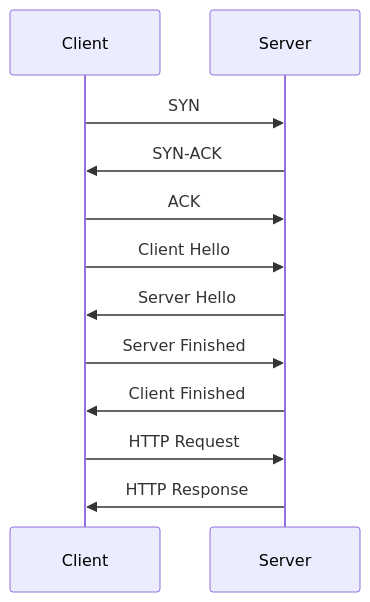
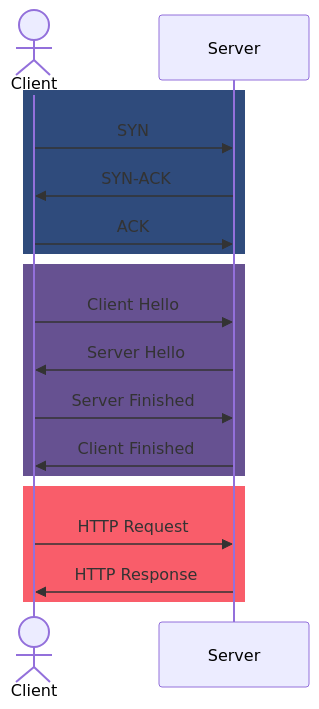
The first of 3 diagrams in content/posts/2024/grpc-over-http3/index.md (sudorandom/kmcd.dev), drawn with Mermaid before and after one commit. The commit also changed other lines of this file and 1 other file, not shown here.

Commit message:
Adjust style for mermaid graphs

````diff
--- a/content/posts/2024/grpc-over-http3/index.md
+++ b/content/posts/2024/grpc-over-http3/index.md
@@ -36,14 +36,22 @@
 ```mermaid
 sequenceDiagram
-    Client ->> Server: SYN
-    Server ->> Client: SYN-ACK
-    Client ->> Server: ACK
+    actor Client
 
-    Client ->> Server: Client Hello
-    Server ->> Client: Server Hello
-    Client ->> Server: Server Finished
-    Server ->> Client: Client Finished
+    rect rgb(47,75,124)
+        Client ->> Server: SYN
+        Server ->> Client: SYN-ACK
+        Client ->> Server: ACK
+    end
 
-    Client ->> Server: HTTP Request
-    Server ->> Client: HTTP Response
+    rect rgb(102,81,145)
+        Client ->> Server: Client Hello
+        Server ->> Client: Server Hello
+        Client ->> Server: Server Finished
+        Server ->> Client: Client Finished
+    end
+
+    rect rgb(249,93,106)
+        Client ->> Server: HTTP Request
+        Server ->> Client: HTTP Response
+    end
 ```
````
